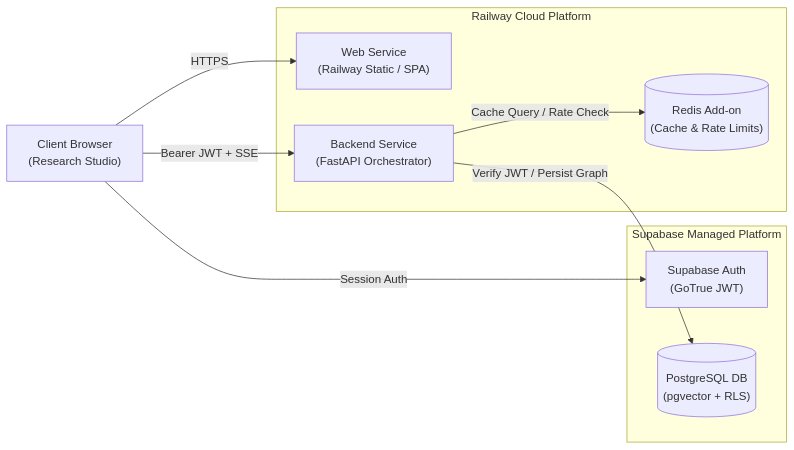
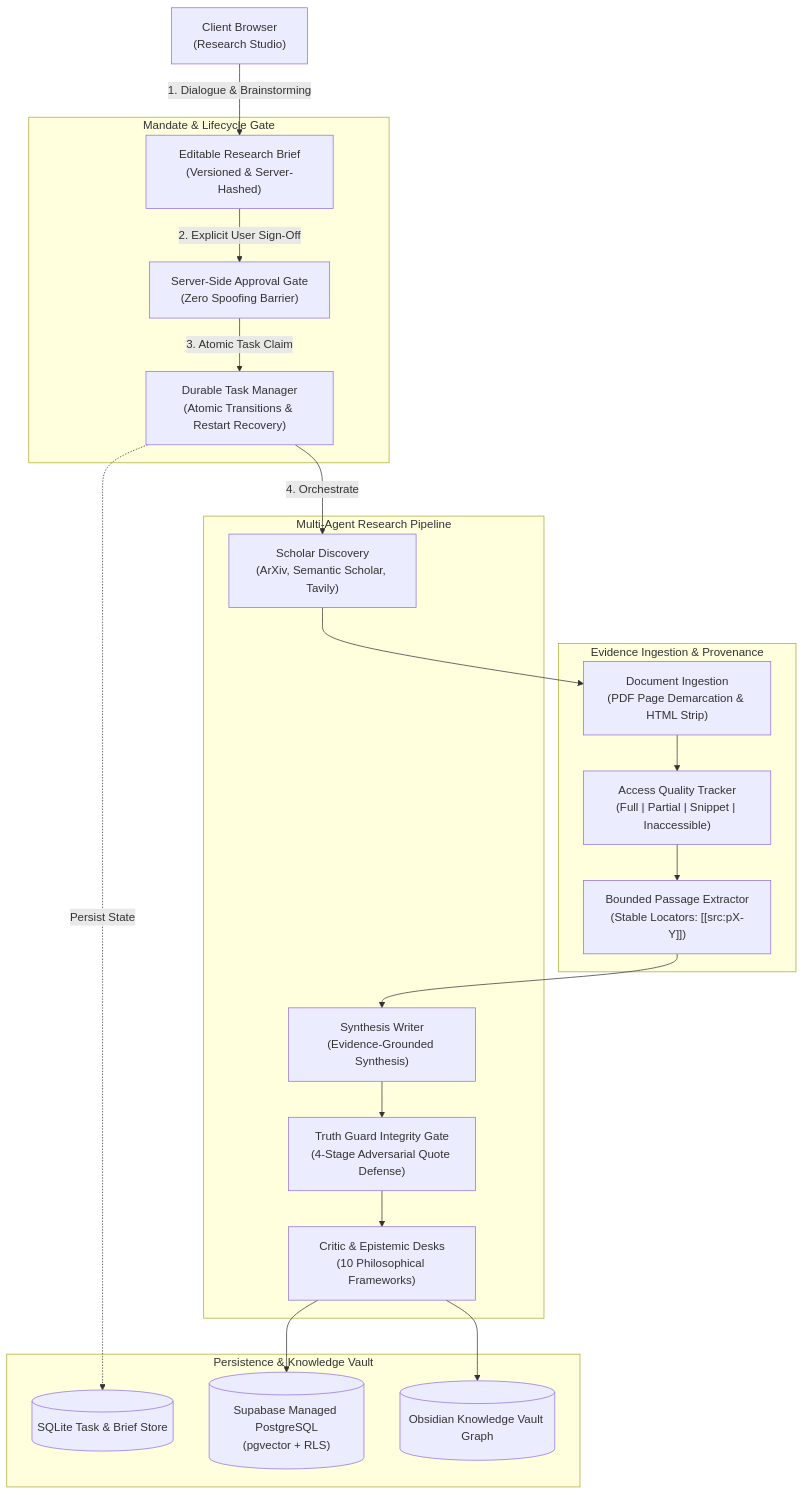
Before and after one commit to shayanazmi/Thoth: the diagram in README.md, drawn with Mermaid. The commit also changed other lines of this file and 24 other files, not shown here.

First line of the commit message:
feat(research-pipeline): evidence provenance, claim verification, mandate approval & task lifecycle

````diff
--- a/README.md
+++ b/README.md
@@ -40,22 +40,42 @@
 ```mermaid
-flowchart LR
+flowchart TD
     Client["Client Browser<br/>(Research Studio)"]
     
-    subgraph Railway["Railway Cloud Platform"]
-        Web["Web Service<br/>(Railway Static / SPA)"]
-        Backend["Backend Service<br/>(FastAPI Orchestrator)"]
-        Redis[("Redis Add-on<br/>(Cache & Rate Limits)")]
+    subgraph MandateLifecycle["Mandate & Lifecycle Gate"]
+        Brief["Editable Research Brief<br/>(Versioned & Server-Hashed)"]
+        ApprovalGate["Server-Side Approval Gate<br/>(Zero Spoofing Barrier)"]
+        TaskManager["Durable Task Manager<br/>(Atomic Transitions & Restart Recovery)"]
     end
 
-    subgraph SupabaseCloud["Supabase Managed Platform"]
-        SupaAuth["Supabase Auth<br/>(GoTrue JWT)"]
-        SupaDB[("PostgreSQL DB<br/>(pgvector + RLS)")]
+    subgraph IngestionEngine["Evidence Ingestion & Provenance"]
+        DocIngest["Document Ingestion<br/>(PDF Page Demarcation & HTML Strip)"]
+        QualityBadge["Access Quality Tracker<br/>(Full | Partial | Snippet | Inaccessible)"]
+        PassageTracker["Bounded Passage Extractor<br/>(Stable Locators: [[src:pX-Y]])"]
     end
 
-    Client -->|HTTPS| Web
-    Client -->|Session Auth| SupaAuth
-    Client -->|Bearer JWT + SSE| Backend
+    subgraph MultiAgentCore["Multi-Agent Research Pipeline"]
+        SearchAgent["Scholar Discovery<br/>(ArXiv, Semantic Scholar, Tavily)"]
+        Scribe["Synthesis Writer<br/>(Evidence-Grounded Synthesis)"]
+        TruthGuard["Truth Guard Integrity Gate<br/>(4-Stage Adversarial Quote Defense)"]
+        Critic["Critic & Epistemic Desks<br/>(10 Philosophical Frameworks)"]
+    end
 
-    Backend -->|Cache Query / Rate Check| Redis
-    Backend -->|Verify JWT / Persist Graph| SupaDB
+    subgraph StorageLayer["Persistence & Knowledge Vault"]
+        SqliteDB[("SQLite Task & Brief Store")]
+        SupabaseDB[("Supabase Managed PostgreSQL<br/>(pgvector + RLS)")]
+        Vault[("Obsidian Knowledge Vault Graph")]
+    end
+
+    Client -->|1. Dialogue & Brainstorming| Brief
+    Brief -->|2. Explicit User Sign-Off| ApprovalGate
+    ApprovalGate -->|3. Atomic Task Claim| TaskManager
+    TaskManager -->|4. Orchestrate| SearchAgent
+    SearchAgent --> DocIngest
+    DocIngest --> QualityBadge --> PassageTracker
+    PassageTracker --> Scribe
+    Scribe --> TruthGuard
+    TruthGuard --> Critic
+    Critic --> Vault
+    Critic --> SupabaseDB
+    TaskManager -.->|Persist State| SqliteDB
 ```
````
